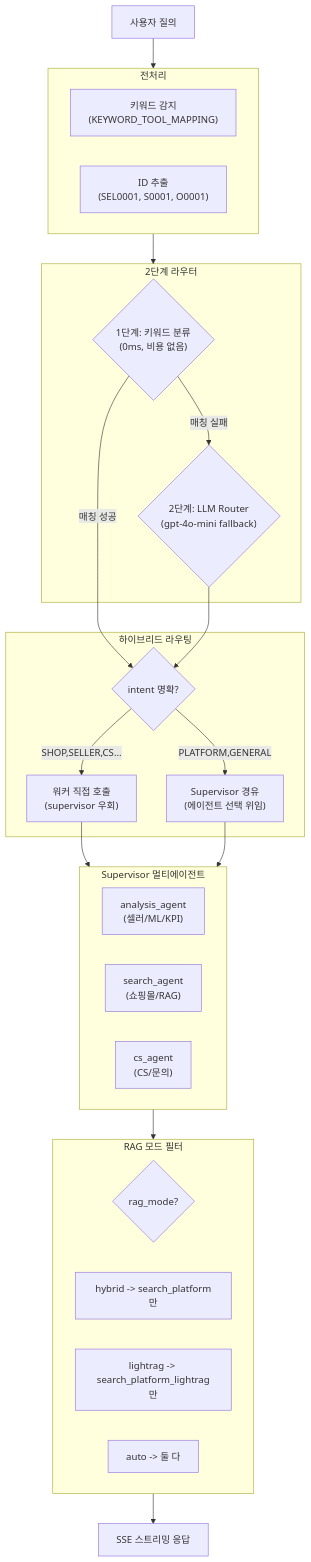
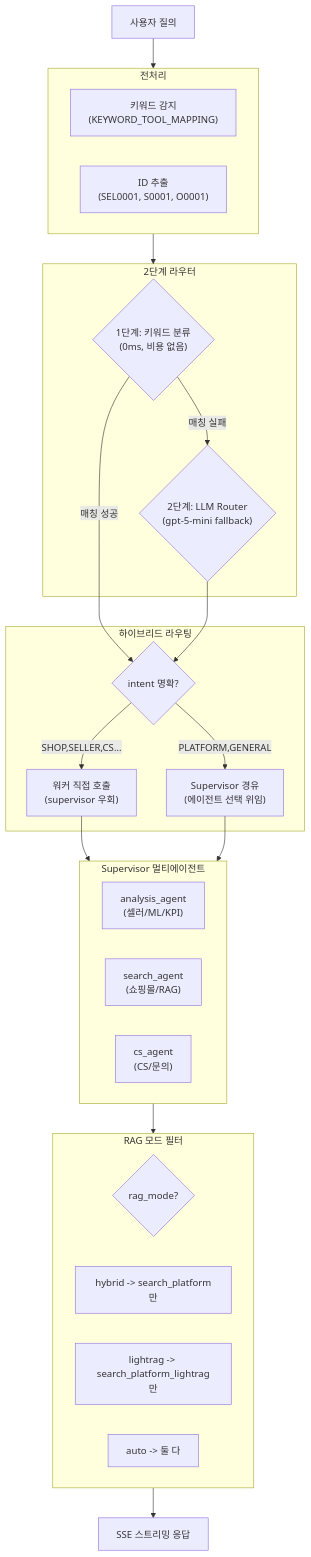
One commit to ASNGG/cafe24-demo changed the third of 25 diagrams in backend 리팩토링 시작/README.md. Above: the diagram before and after it, drawn with Mermaid. The commit also changed other lines of this file and 12 other files, not shown here.

First line of the commit message:
feat: v9.6 GPT-5-mini 전환 + 워커 도구 배정 최적화

````diff
--- a/backend 리팩토링 시작/README.md
+++ b/backend 리팩토링 시작/README.md
@@ -641,41 +651,41 @@
 ```mermaid
 flowchart TB
     Q["사용자 질의"]
 
     subgraph Preprocess["전처리"]
         KW["키워드 감지<br/>(KEYWORD_TOOL_MAPPING)"]
         ID["ID 추출<br/>(SEL0001, S0001, O0001)"]
     end
 
     subgraph Router["2단계 라우터"]
         R1{"1단계: 키워드 분류<br/>(0ms, 비용 없음)"}
-        R2{"2단계: LLM Router<br/>(gpt-4o-mini fallback)"}
+        R2{"2단계: LLM Router<br/>(gpt-5-mini fallback)"}
     end
 
     subgraph HybridRoute["하이브리드 라우팅"]
         DR{"intent 명확?"}
         DIRECT["워커 직접 호출<br/>(supervisor 우회)"]
         SUPER["Supervisor 경유<br/>(에이전트 선택 위임)"]
     end
 
     subgraph Agents["Supervisor 멀티에이전트"]
         A1["analysis_agent<br/>(셀러/ML/KPI)"]
         A2["search_agent<br/>(쇼핑몰/RAG)"]
         A3["cs_agent<br/>(CS/문의)"]
     end
 
     subgraph RAGFilter["RAG 모드 필터"]
         RF{"rag_mode?"}
         RF1["hybrid -> search_platform만"]
         RF2["lightrag -> search_platform_lightrag만"]
         RF3["auto -> 둘 다"]
     end
 
     Q --> Preprocess --> Router
     R1 -->|"매칭 성공"| DR
     R1 -->|"매칭 실패"| R2
     R2 --> DR
     DR -->|"SHOP,SELLER,CS..."| DIRECT --> Agents
     DR -->|"PLATFORM,GENERAL"| SUPER --> Agents
     Agents --> RAGFilter --> Response["SSE 스트리밍 응답"]
 ```
````
